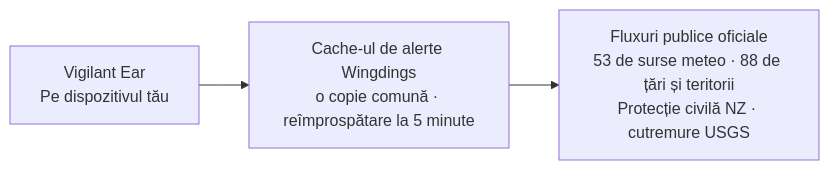
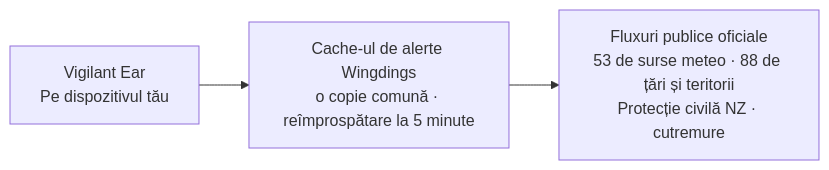
Before and after one commit to rpalm01-star/VigilantEarLegal: the fourth of 4 diagrams in README_ro.md, drawn with Mermaid. The commit also changed other lines of this file and 47 other files, not shown here.

````diff
--- a/README_ro.md
+++ b/README_ro.md
@@ -171,5 +171,5 @@
 ```mermaid
 graph LR
     P1["Vigilant Ear<br/>Pe dispozitivul tău"] --> W["Cache-ul de alerte Wingdings<br/>o copie comună · reîmprospătare la 5 minute"]
-    W --> N["Fluxuri publice oficiale<br/>53 de surse meteo · 88 de țări și teritorii<br/>Protecție civilă NZ · cutremure USGS"]
+    W --> N["Fluxuri publice oficiale<br/>53 de surse meteo · 88 de țări și teritorii<br/>Protecție civilă NZ · cutremure"]
 ```
````
